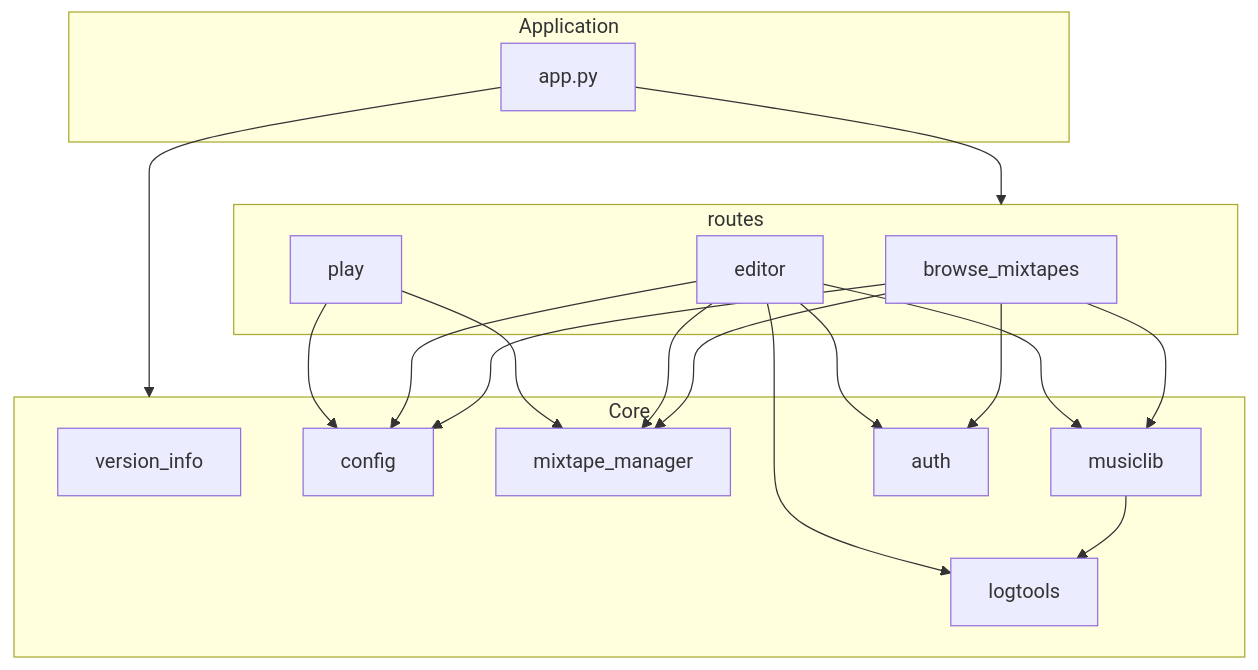
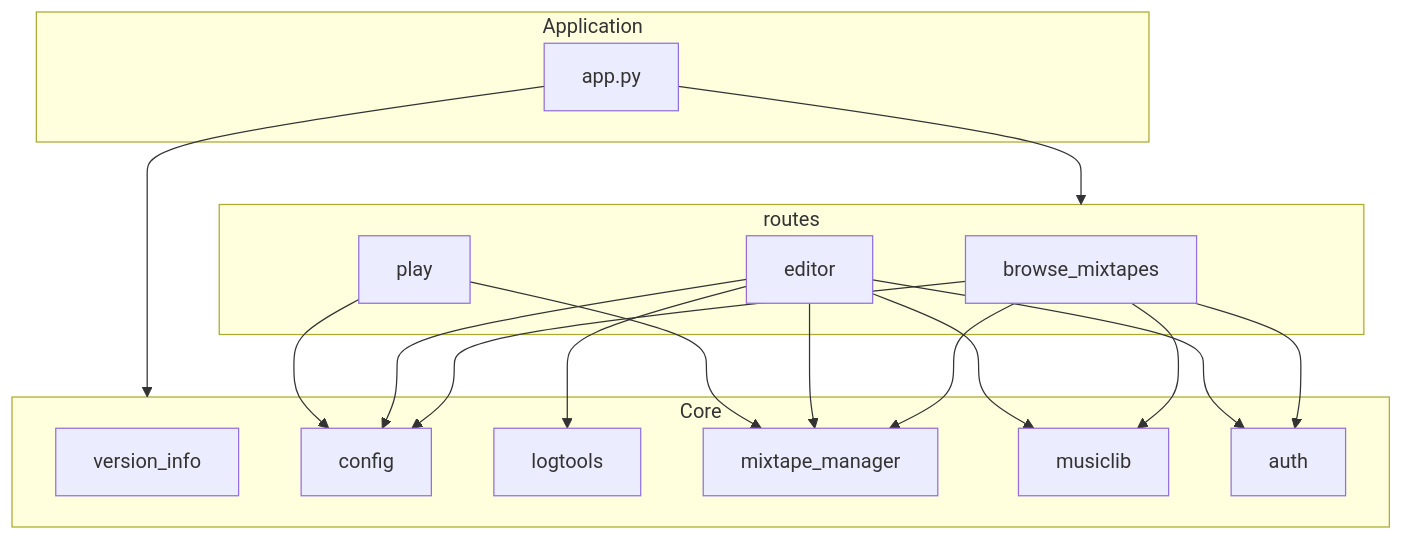
The diagram in docs/development/project_modules.md (mark-me/mixtape-society), drawn with Mermaid before and after one commit. The commit also changed 14 other files, not shown here.

````diff
--- a/docs/development/project_modules.md
+++ b/docs/development/project_modules.md
@@ -41,40 +43,38 @@
 ```mermaid
 graph TD
     subgraph Application
         app.py
     end
 
     subgraph Core
         version_info
         config
         logtools
         mixtape_manager
         musiclib
         auth
     end
 
     subgraph routes
         browse_mixtapes
         editor
         play
     end
 
     app.py --> Core
     app.py --> routes
 
-    musiclib --> logtools
-
     browse_mixtapes --> mixtape_manager
     browse_mixtapes --> config
     browse_mixtapes --> musiclib
     browse_mixtapes --> auth
 
     editor --> mixtape_manager
     editor --> auth
     editor --> config
     editor --> logtools
     editor --> musiclib
 
     play --> mixtape_manager
     play --> config
 ```
````
